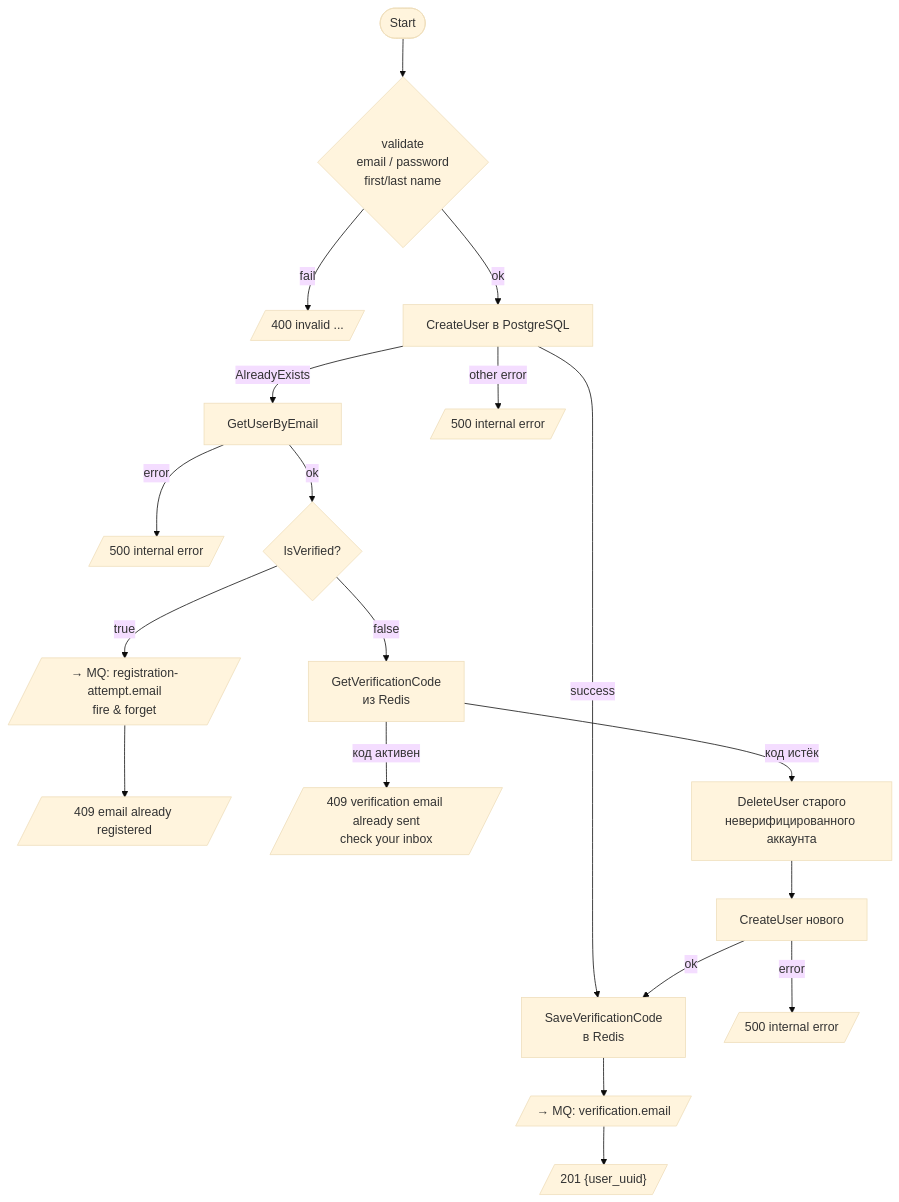
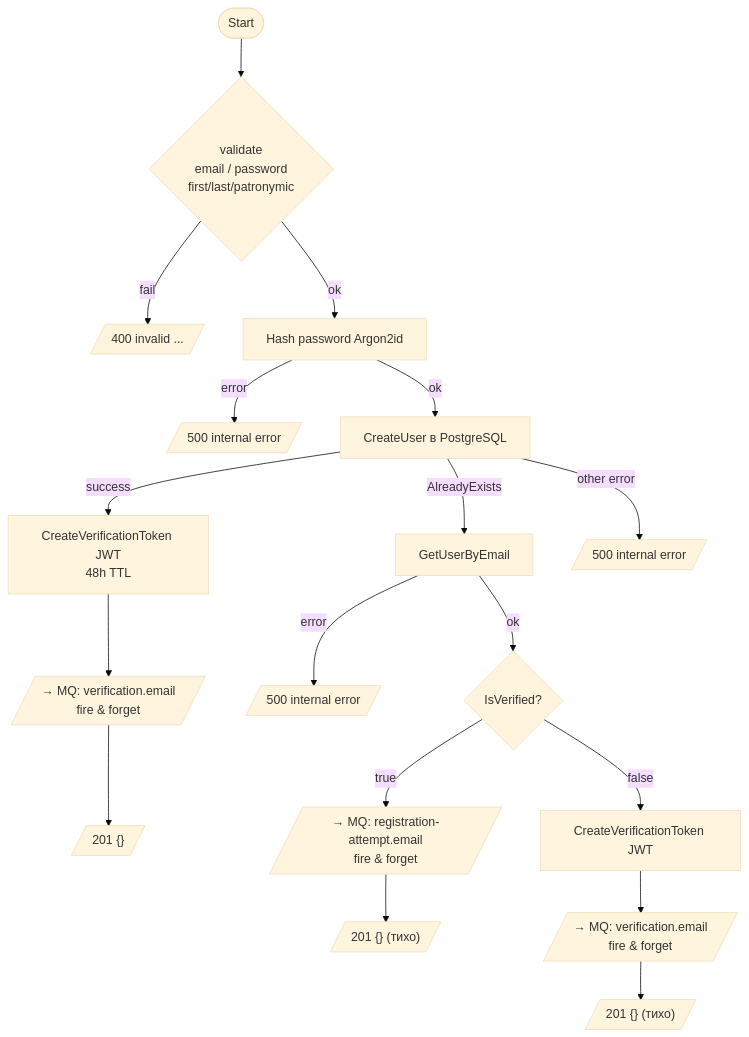
One commit to unwelcome/FrameWorkTask1 changed the first of 10 diagrams in backend/auth/docs/flows.md. Above: the diagram before and after it, drawn with Mermaid (base theme). The commit also changed other lines of this file and 18 other files, not shown here.

````diff
--- a/backend/auth/docs/flows.md
+++ b/backend/auth/docs/flows.md
@@ -14,27 +17,26 @@
 ```mermaid
 flowchart TD
-    A([Start]) --> V1{validate\nemail / password\nfirst/last name}
+    A([Start]) --> V1{validate\nemail / password\nfirst/last/patronymic}
     V1 -->|fail| E1[/"400 invalid ..."/]
 
-    V1 -->|ok| DB1[CreateUser в PostgreSQL]
-    DB1 -->|success| RC[SaveVerificationCode\nв Redis]
-    RC --> MQ1[/"→ MQ: verification.email"/]
-    MQ1 --> OK[/"201 {user_uuid}"/]
+    V1 -->|ok| HASH[Hash password Argon2id]
+    HASH -->|error| E0[/"500 internal error"/]
+    HASH -->|ok| DB1[CreateUser в PostgreSQL]
+
+    DB1 -->|success| TK1[CreateVerificationToken JWT\n48h TTL]
+    TK1 --> MQ1[/"→ MQ: verification.email\nfire & forget"/]
+    MQ1 --> OK[/"201 {}"/]
 
     DB1 -->|AlreadyExists| DB2[GetUserByEmail]
     DB2 -->|error| E2[/"500 internal error"/]
 
     DB2 -->|ok| CHK{IsVerified?}
     CHK -->|true| MQ2[/"→ MQ: registration-attempt.email\nfire & forget"/]
-    MQ2 --> E3[/"409 email already registered"/]
+    MQ2 --> OK2[/"201 {} (тихо)"/]
 
-    CHK -->|false| RD1[GetVerificationCode\nиз Redis]
-    RD1 -->|код активен| E4[/"409 verification email already sent"\ncheck your inbox/]
-
-    RD1 -->|код истёк| DEL[DeleteUser старого\nневерифицированного аккаунта]
-    DEL --> CRE2[CreateUser нового]
-    CRE2 -->|error| E5[/"500 internal error"/]
-    CRE2 -->|ok| RC
+    CHK -->|false| TK2[CreateVerificationToken JWT]
+    TK2 --> MQ3[/"→ MQ: verification.email\nfire & forget"/]
+    MQ3 --> OK3[/"201 {} (тихо)"/]
 
     DB1 -->|other error| E6[/"500 internal error"/]
 ```
````
